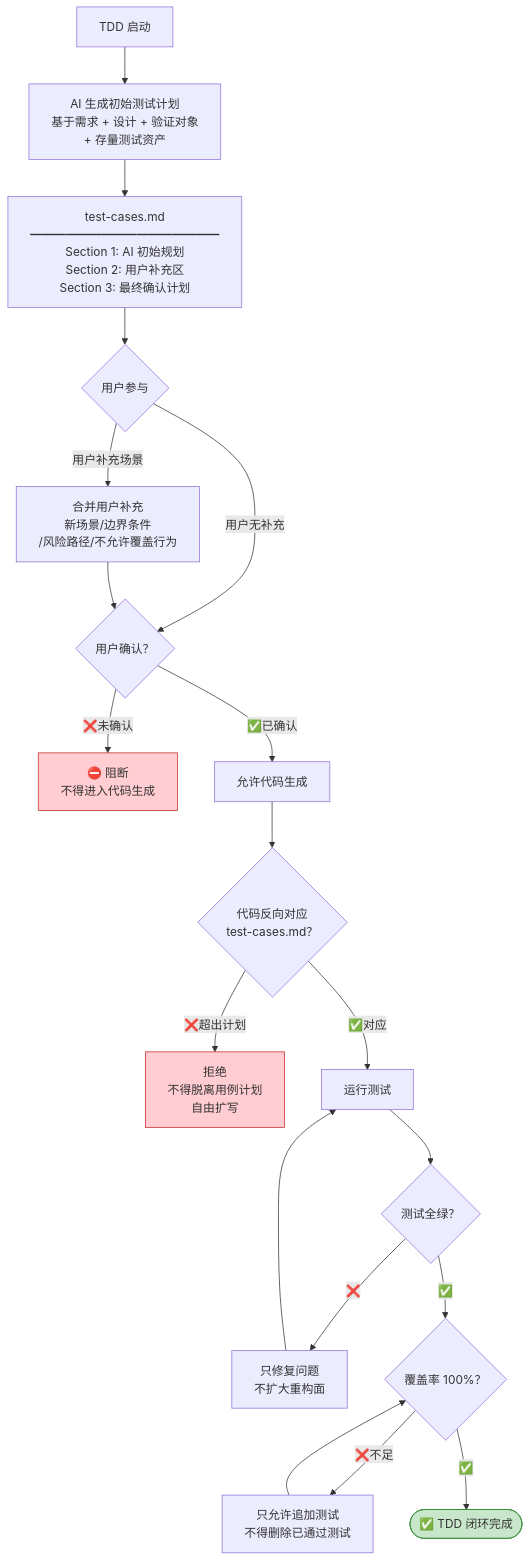
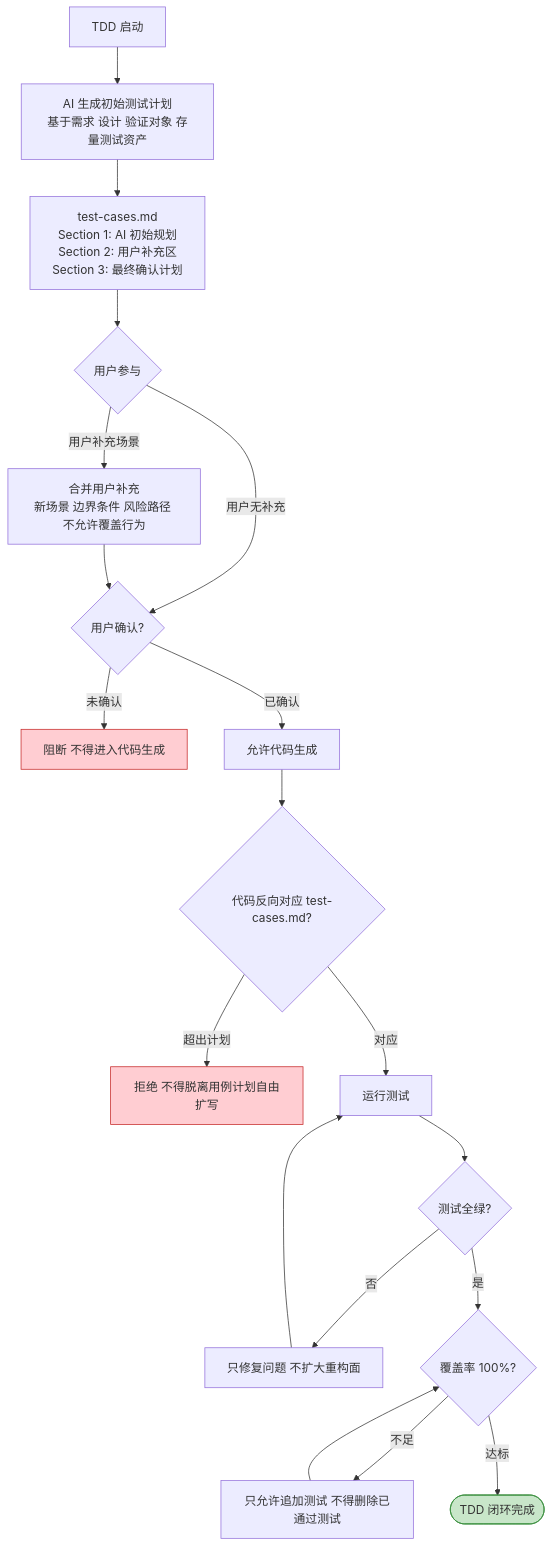
The second of 5 diagrams in mes-ai-dev/workspace/training/04-phase-develop-flowchart.md (mes-openai/mes-ai-dev), drawn with Mermaid before and after one commit. The commit also changed other lines of this file and 12 other files, not shown here.

Commit message:
重新生成阶段流程图

````diff
--- a/mes-ai-dev/workspace/training/04-phase-develop-flowchart.md
+++ b/mes-ai-dev/workspace/training/04-phase-develop-flowchart.md
@@ -149,32 +143,32 @@
 ```mermaid
 flowchart TB
-    TDD_START[TDD 启动] --> GEN_AI[AI 生成初始测试计划<br/>基于需求 + 设计 + 验证对象<br/>+ 存量测试资产]
+    TDD_START["TDD 启动"] --> GEN_AI["AI 生成初始测试计划<br>基于需求 设计 验证对象 存量测试资产"]
 
-    GEN_AI --> TC_DOC[test-cases.md<br/>━━━━━━━━━━━━━━━━<br/>Section 1: AI 初始规划<br/>Section 2: 用户补充区<br/>Section 3: 最终确认计划]
+    GEN_AI --> TC_DOC["test-cases.md<br>Section 1: AI 初始规划<br>Section 2: 用户补充区<br>Section 3: 最终确认计划"]
 
-    TC_DOC --> USER_PART{用户参与}
+    TC_DOC --> USER_PART{"用户参与"}
 
-    USER_PART -->|用户补充场景| MERGE[合并用户补充<br/>新场景/边界条件<br/>/风险路径/不允许覆盖行为]
-    USER_PART -->|用户无补充| CONFIRM
+    USER_PART -->|"用户补充场景"| MERGE["合并用户补充<br>新场景 边界条件 风险路径 不允许覆盖行为"]
+    USER_PART -->|"用户无补充"| CONFIRM
 
-    MERGE --> CONFIRM{用户确认？}
+    MERGE --> CONFIRM{"用户确认?"}
 
-    CONFIRM -->|❌未确认| BLOCK[⛔ 阻断<br/>不得进入代码生成]
-    CONFIRM -->|✅已确认| CODE_GEN[允许代码生成]
+    CONFIRM -->|"未确认"| BLOCK["阻断 不得进入代码生成"]
+    CONFIRM -->|"已确认"| CODE_GEN["允许代码生成"]
 
-    CODE_GEN --> CODE_CHECK{代码反向对应<br/>test-cases.md？}
-    CODE_CHECK -->|❌超出计划| REFUSE[拒绝<br/>不得脱离用例计划<br/>自由扩写]
-    CODE_CHECK -->|✅对应| TEST_RUN[运行测试]
+    CODE_GEN --> CODE_CHECK{"代码反向对应 test-cases.md?"}
+    CODE_CHECK -->|"超出计划"| REFUSE["拒绝 不得脱离用例计划自由扩写"]
+    CODE_CHECK -->|"对应"| TEST_RUN["运行测试"]
 
-    TEST_RUN --> ALL_GREEN{测试全绿？}
-    ALL_GREEN -->|❌| FIX_ONLY[只修复问题<br/>不扩大重构面]
+    TEST_RUN --> ALL_GREEN{"测试全绿?"}
+    ALL_GREEN -->|"否"| FIX_ONLY["只修复问题 不扩大重构面"]
     FIX_ONLY --> TEST_RUN
-    ALL_GREEN -->|✅| COVERAGE{覆盖率 100%？}
-    COVERAGE -->|❌不足| ADD_TEST[只允许追加测试<br/>不得删除已通过测试]
+    ALL_GREEN -->|"是"| COVERAGE{"覆盖率 100%?"}
+    COVERAGE -->|"不足"| ADD_TEST["只允许追加测试 不得删除已通过测试"]
     ADD_TEST --> COVERAGE
-    COVERAGE -->|✅| TDD_DONE([✅ TDD 闭环完成])
+    COVERAGE -->|"达标"| TDD_DONE(["TDD 闭环完成"])
 
     style BLOCK fill:#FFCDD2,stroke:#C62828
     style REFUSE fill:#FFCDD2,stroke:#C62828
     style TDD_DONE fill:#C8E6C9,stroke:#388E3C
 ```
````
